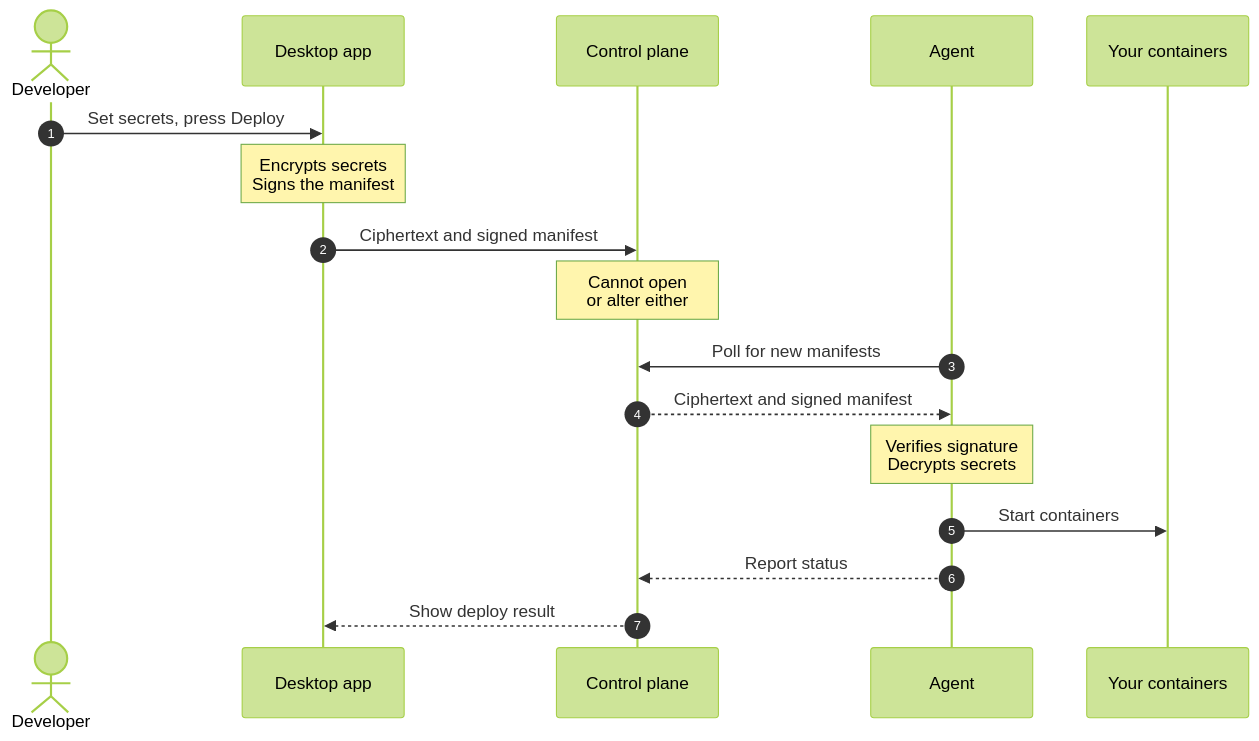
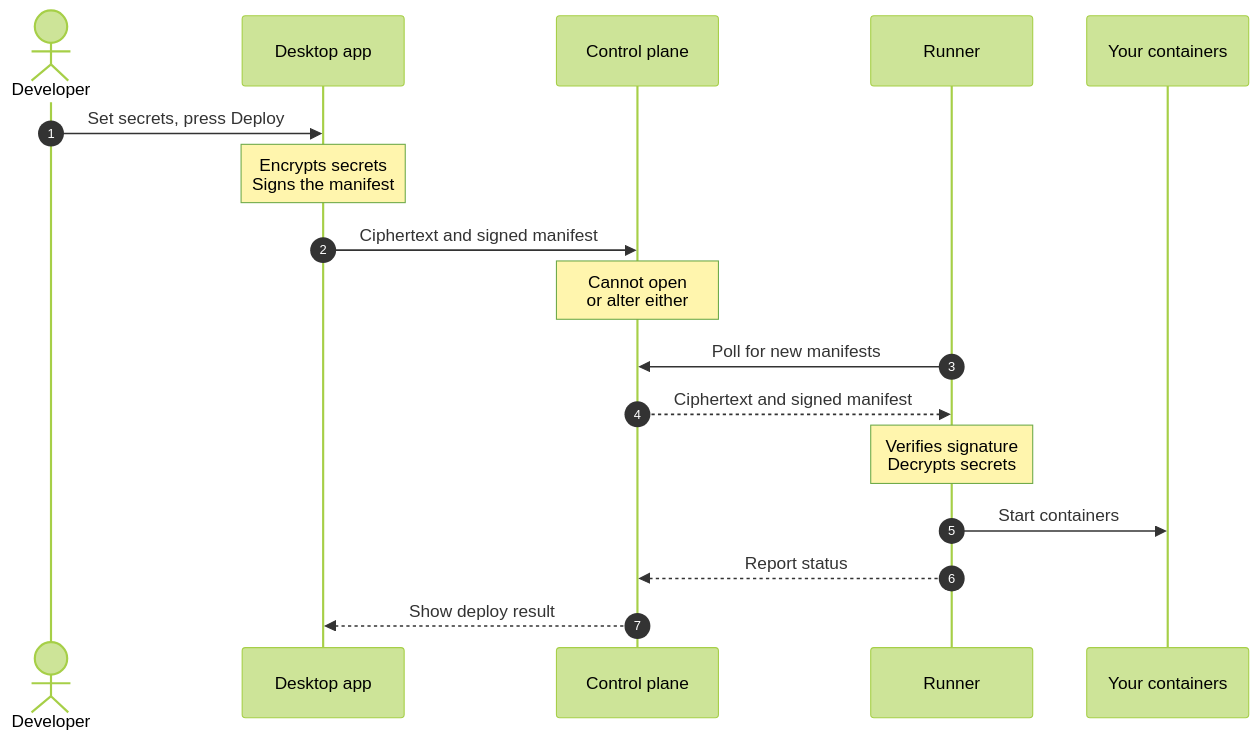
Before and after one commit to zekno-app/zekno: the second of 2 diagrams in README.md, drawn with Mermaid (forest theme). The commit also changed other lines of this file and 77 other files, not shown here.

````diff
--- a/README.md
+++ b/README.md
@@ -66,20 +66,20 @@
 ```mermaid
 sequenceDiagram
     autonumber
     actor Dev as Developer
     participant App as Desktop app
     participant CP as Control plane
-    participant Agent as Agent
+    participant Runner as Runner
     participant Run as Your containers
 
     Dev->>App: Set secrets, press Deploy
     Note over App: Encrypts secrets<br/>Signs the manifest
     App->>CP: Ciphertext and signed manifest
     Note over CP: Cannot open<br/>or alter either
-    Agent->>CP: Poll for new manifests
-    CP-->>Agent: Ciphertext and signed manifest
-    Note over Agent: Verifies signature<br/>Decrypts secrets
-    Agent->>Run: Start containers
-    Agent-->>CP: Report status
+    Runner->>CP: Poll for new manifests
+    CP-->>Runner: Ciphertext and signed manifest
+    Note over Runner: Verifies signature<br/>Decrypts secrets
+    Runner->>Run: Start containers
+    Runner-->>CP: Report status
     CP-->>App: Show deploy result
 ```
````
